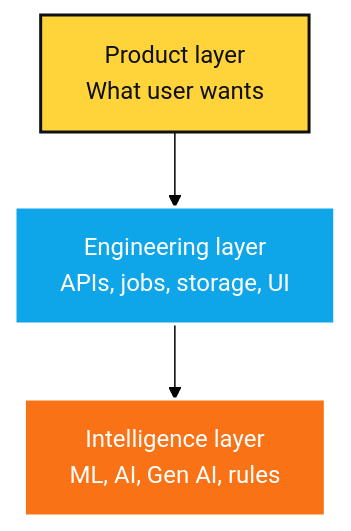
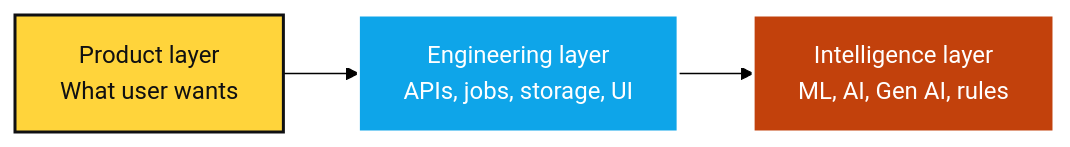
One commit to susmitpy/talks changed the first of 12 diagrams in backend_data_science_ai.md. Above: the diagram before and after it, drawn with Mermaid (forest theme). The commit also changed other lines of this file and 2 other files, not shown here.

````diff
--- a/backend_data_science_ai.md
+++ b/backend_data_science_ai.md
@@ -637,14 +656,14 @@
 ```mermaid
-flowchart TD
+flowchart LR
     A[Product layer<br/>What user wants]
     B[Engineering layer<br/>APIs, jobs, storage, UI]
     C[Intelligence layer<br/>ML, AI, Gen AI, rules]
     A --> B --> C
 
     classDef product fill:#FFD43B,stroke:#101012,stroke-width:2px,color:#101012;
     classDef engineering fill:#0EA5E9,stroke:#FFFFFF,stroke-width:2px,color:#FFFFFF;
-    classDef intelligence fill:#F97316,stroke:#FFFFFF,stroke-width:2px,color:#FFFFFF;
+    classDef intelligence fill:#C2410C,stroke:#FFFFFF,stroke-width:2px,color:#FFFFFF;
     class A product;
     class B engineering;
     class C intelligence;
 ```
````
